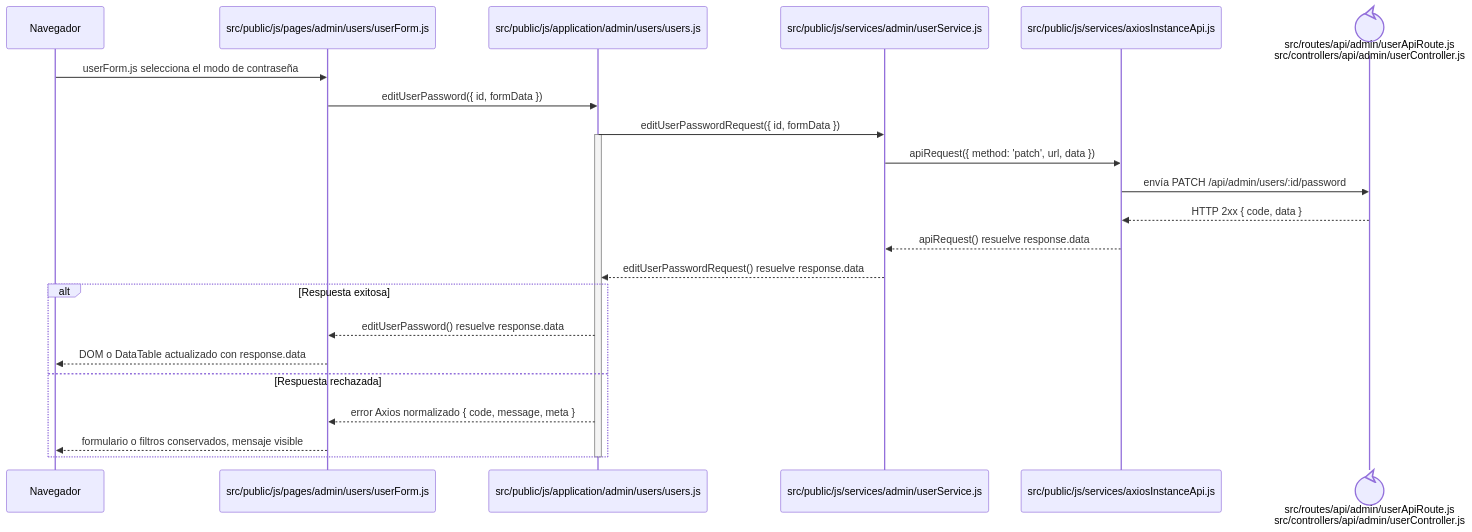
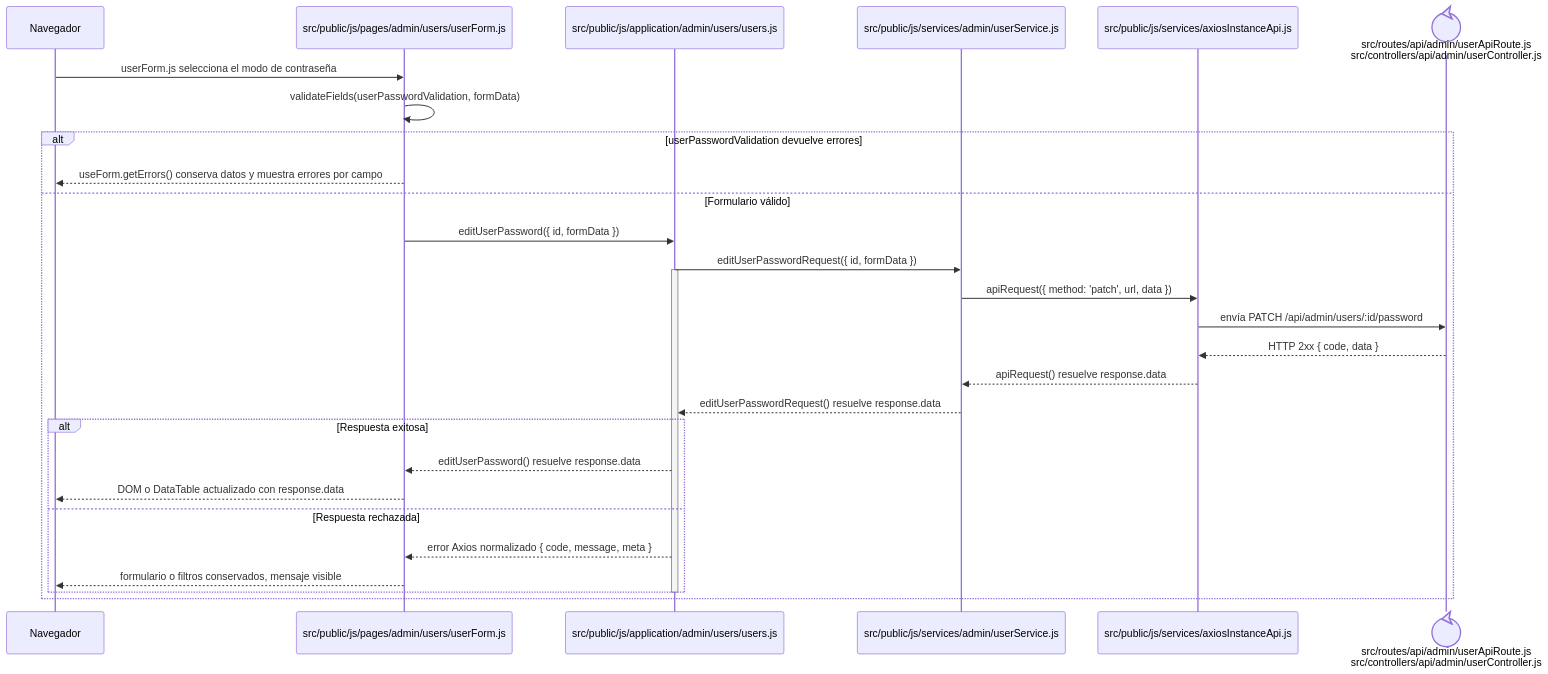
One commit to gpgsistemas01/nexus changed the diagram in docs/architecture/frontend-code-sequences/identity-access/cu-ida-08.md. Above: the diagram before and after it, drawn with Mermaid. The commit also changed 102 other files, not shown here.

````diff
--- a/docs/architecture/frontend-code-sequences/identity-access/cu-ida-08.md
+++ b/docs/architecture/frontend-code-sequences/identity-access/cu-ida-08.md
@@ -6,27 +6,32 @@
 ```mermaid
 sequenceDiagram
     participant Browser as Navegador
     participant View as src/public/js/pages/admin/users/userForm.js
     participant Application as src/public/js/application/admin/users/users.js
     participant Request as src/public/js/services/admin/userService.js
     participant HTTP as src/public/js/services/axiosInstanceApi.js
     participant Transport@{ "type": "control" } as src/routes/api/admin/userApiRoute.js<br/>src/controllers/api/admin/userController.js
 
     Browser->>View: userForm.js selecciona el modo de contraseña
-    View->>Application: editUserPassword({ id, formData })
-    Application->>Request: editUserPasswordRequest({ id, formData })
-    activate Application
-    Request->>HTTP: apiRequest({ method: 'patch', url, data })
-    HTTP->>Transport: envía PATCH /api/admin/users/:id/password
-    Transport-->>HTTP: HTTP 2xx { code, data }
-    HTTP-->>Request: apiRequest() resuelve response.data
-    Request-->>Application: editUserPasswordRequest() resuelve response.data
-    alt Respuesta exitosa
-        Application-->>View: editUserPassword() resuelve response.data
-        View-->>Browser: DOM o DataTable actualizado con response.data
-    else Respuesta rechazada
-        Application-->>View: error Axios normalizado { code, message, meta }
-        View-->>Browser: formulario o filtros conservados, mensaje visible
+    View->>View: validateFields(userPasswordValidation, formData)
+    alt userPasswordValidation devuelve errores
+        View-->>Browser: useForm.getErrors() conserva datos y muestra errores por campo
+    else Formulario válido
+        View->>Application: editUserPassword({ id, formData })
+        Application->>Request: editUserPasswordRequest({ id, formData })
+        activate Application
+        Request->>HTTP: apiRequest({ method: 'patch', url, data })
+        HTTP->>Transport: envía PATCH /api/admin/users/:id/password
+        Transport-->>HTTP: HTTP 2xx { code, data }
+        HTTP-->>Request: apiRequest() resuelve response.data
+        Request-->>Application: editUserPasswordRequest() resuelve response.data
+        alt Respuesta exitosa
+            Application-->>View: editUserPassword() resuelve response.data
+            View-->>Browser: DOM o DataTable actualizado con response.data
+        else Respuesta rechazada
+            Application-->>View: error Axios normalizado { code, message, meta }
+            View-->>Browser: formulario o filtros conservados, mensaje visible
+        end
+        deactivate Application
     end
-    deactivate Application
 ```
````
